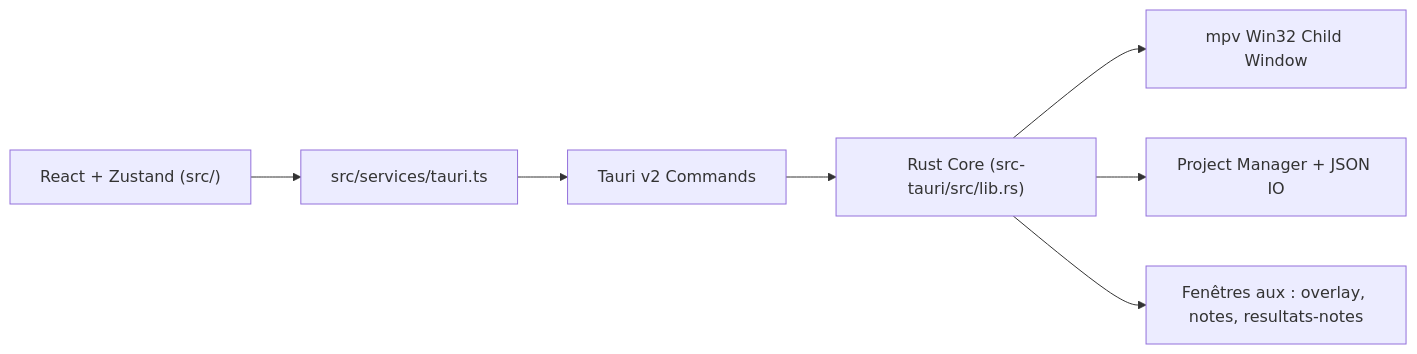
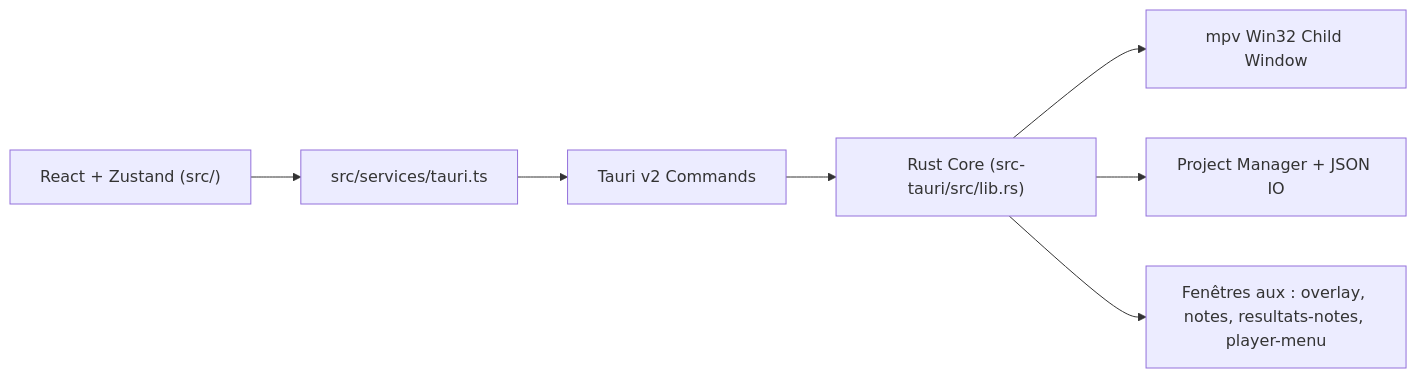
Before and after one commit to NetsumaInfo/application-bareme-amv-france: the diagram in README.md, drawn with Mermaid. The commit also changed other lines of this file and 5 other files, not shown here.

````diff
--- a/README.md
+++ b/README.md
@@ -48,9 +46,9 @@
 ```mermaid
 flowchart LR
   UI["React + Zustand (src/)"] --> API["src/services/tauri.ts"]
   API --> IPC["Tauri v2 Commands"]
   IPC --> Core["Rust Core (src-tauri/src/lib.rs)"]
   Core --> MPV["mpv Win32 Child Window"]
   Core --> Proj["Project Manager + JSON IO"]
-  Core --> Aux["Fenêtres aux : overlay, notes, resultats-notes"]
+  Core --> Aux["Fenêtres aux : overlay, notes, resultats-notes, player-menu"]
 ```
````
